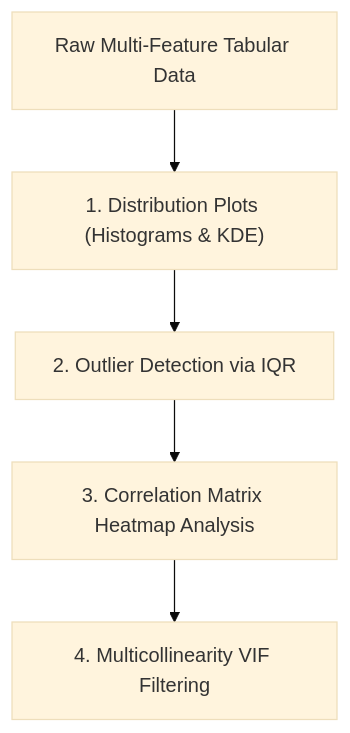
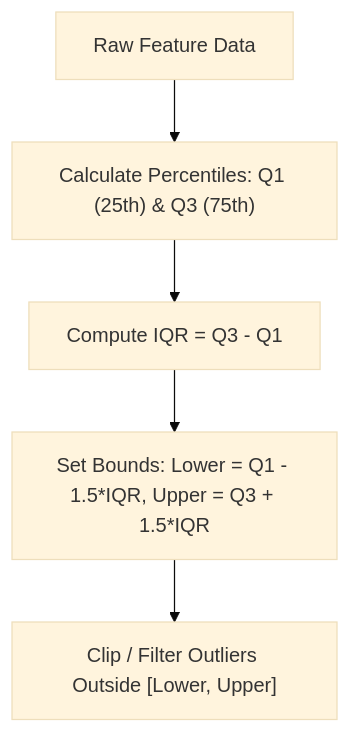
One commit to xrcodexcode/xr_node changed the diagram in 01_RAW/PROCESS/learn-core-machine-learning-part-13.md. Above: the diagram before and after it, drawn with Mermaid (base theme). The commit also changed other lines of this file and 15 other files, not shown here.

````diff
--- a/01_RAW/PROCESS/learn-core-machine-learning-part-13.md
+++ b/01_RAW/PROCESS/learn-core-machine-learning-part-13.md
@@ -46,7 +46,7 @@
 ```mermaid
 flowchart TD
-    Raw["Raw Multi-Feature Tabular Data"] --> Dist["1. Distribution Plots (Histograms & KDE)"]
-    Dist --> Outlier["2. Outlier Detection via IQR"]
-    Outlier --> Corr["3. Correlation Matrix Heatmap Analysis"]
-    Corr --> VIF["4. Multicollinearity VIF Filtering"]
+    Raw["Raw Feature Data"] --> Calc["Calculate Percentiles: Q1 (25th) & Q3 (75th)"]
+    Calc --> IQR["Compute IQR = Q3 - Q1"]
+    IQR --> Bounds["Set Bounds: Lower = Q1 - 1.5*IQR, Upper = Q3 + 1.5*IQR"]
+    Bounds --> Filter["Clip / Filter Outliers Outside [Lower, Upper]"]
 ```
````
